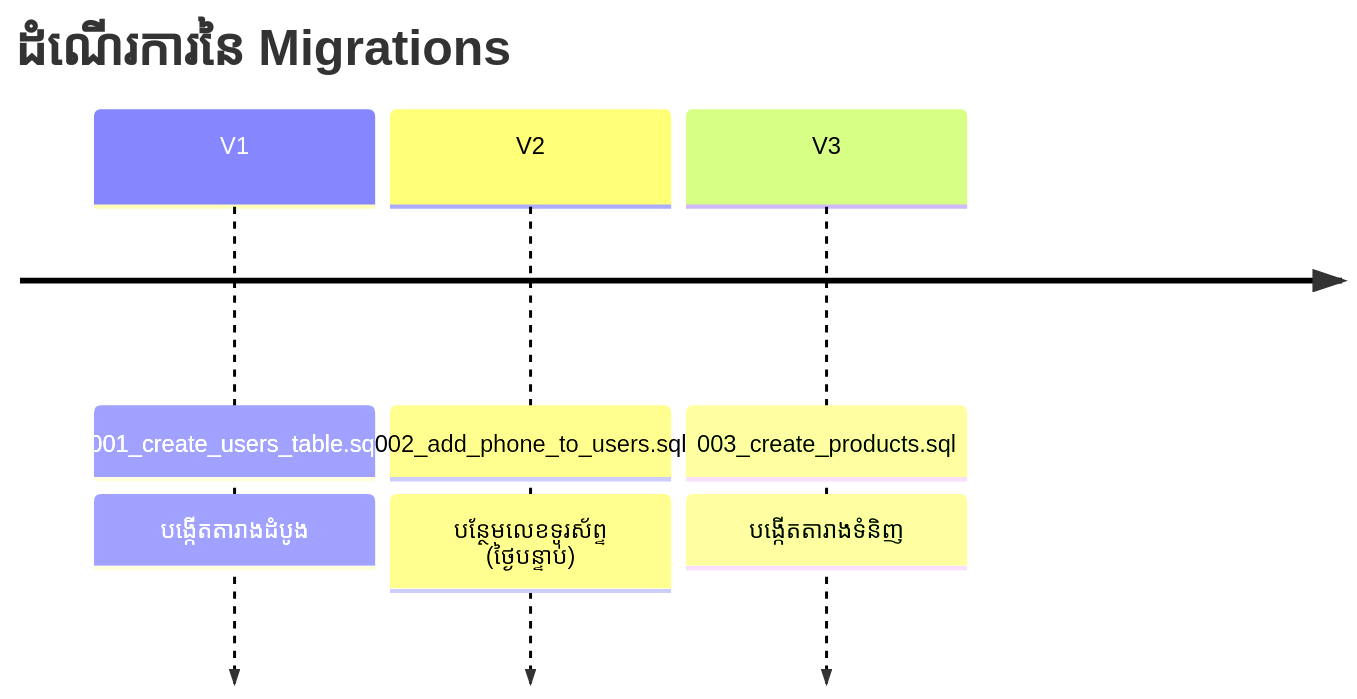
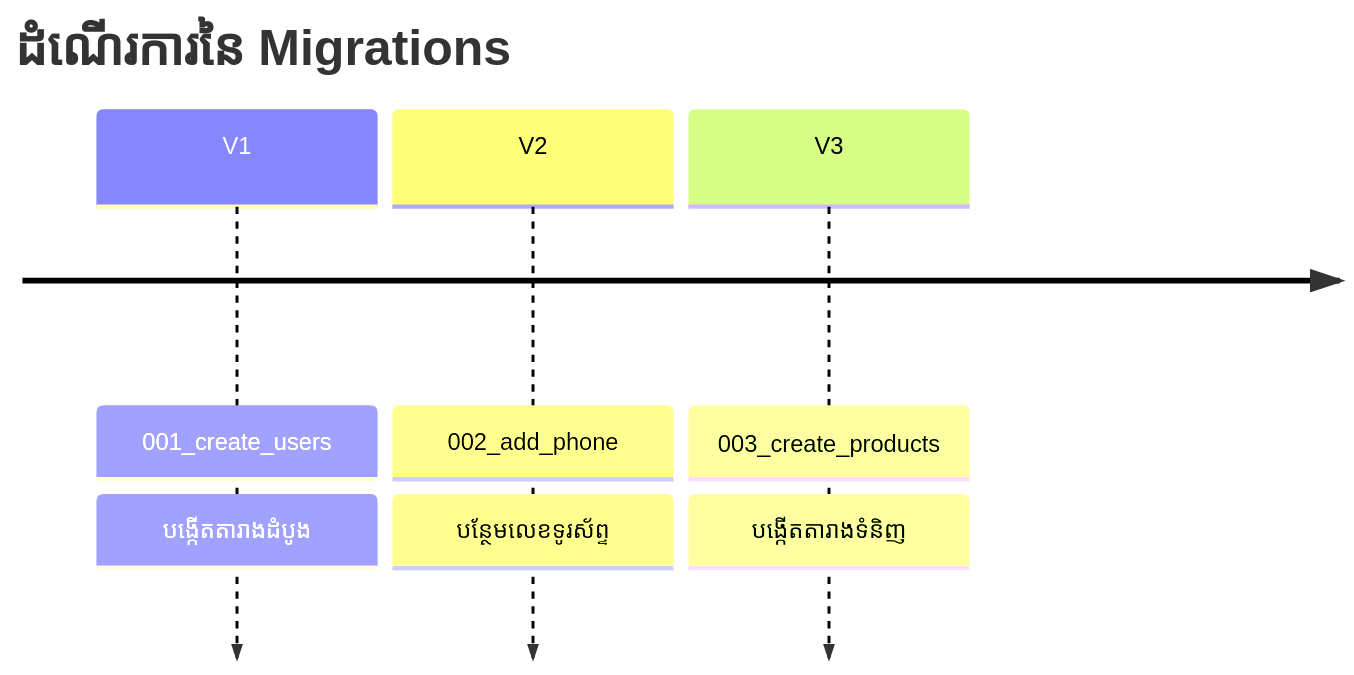
One commit to Ari-ICU/full-stack-short-coures changed the diagram in src/courses/backend-engineering/module-3-postgresql/06-migrations.mdx. Above: the diagram before and after it, drawn with Mermaid.

Commit message:
docs: update PostgreSQL migrations guide with module 3 content

````diff
--- a/src/courses/backend-engineering/module-3-postgresql/06-migrations.mdx
+++ b/src/courses/backend-engineering/module-3-postgresql/06-migrations.mdx
@@ -20,7 +20,7 @@
 ```mermaid
 timeline
     title ដំណើរការនៃ Migrations
-    V1 : 001_create_users_table.sql : បង្កើតតារាងដំបូង
-    V2 : 002_add_phone_to_users.sql : បន្ថែមលេខទូរស័ព្ទ (ថ្ងៃបន្ទាប់)
-    V3 : 003_create_products.sql : បង្កើតតារាងទំនិញ
+    V1 : 001_create_users : បង្កើតតារាងដំបូង
+    V2 : 002_add_phone : បន្ថែមលេខទូរស័ព្ទ
+    V3 : 003_create_products : បង្កើតតារាងទំនិញ
 ```
````
